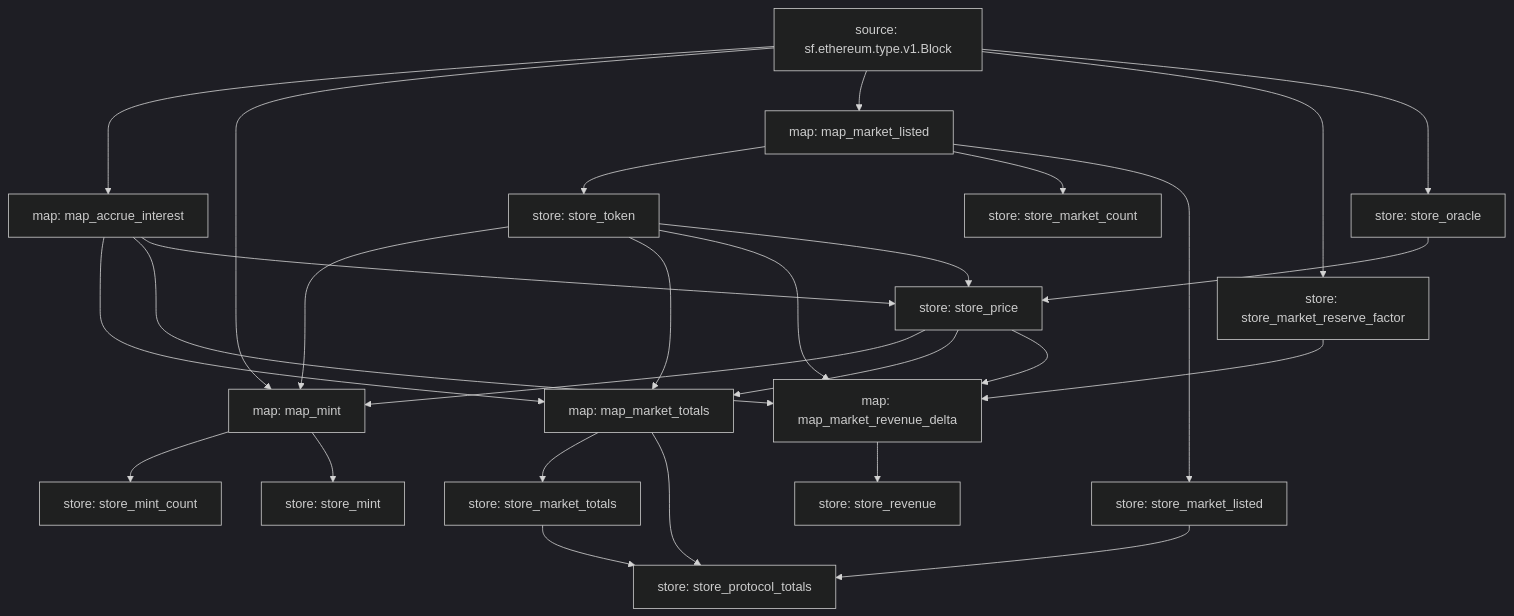
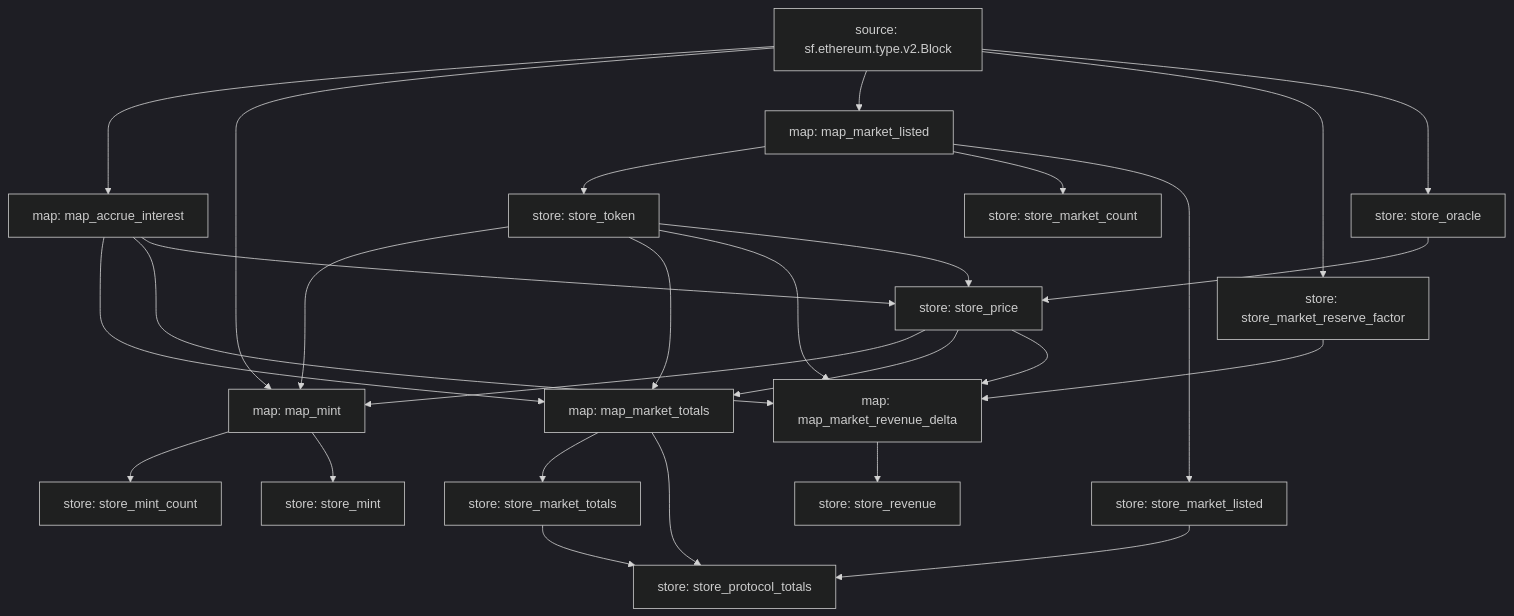
The diagram in compound-v2/README.md (messari/substreams), drawn with Mermaid (dark theme) before and after one commit. The commit also changed 7 other files, not shown here.

````diff
--- a/compound-v2/README.md
+++ b/compound-v2/README.md
@@ -7,46 +7,46 @@
 ```mermaid
 graph TD;
   map_accrue_interest[map: map_accrue_interest]
-  sf.ethereum.type.v1.Block[source: sf.ethereum.type.v1.Block] --> map_accrue_interest
+  sf.ethereum.type.v2.Block[source: sf.ethereum.type.v2.Block] --> map_accrue_interest
   map_mint[map: map_mint]
-  sf.ethereum.type.v1.Block[source: sf.ethereum.type.v1.Block] --> map_mint
+  sf.ethereum.type.v2.Block[source: sf.ethereum.type.v2.Block] --> map_mint
   store_token --> map_mint
   store_price --> map_mint
   map_market_listed[map: map_market_listed]
-  sf.ethereum.type.v1.Block[source: sf.ethereum.type.v1.Block] --> map_market_listed
+  sf.ethereum.type.v2.Block[source: sf.ethereum.type.v2.Block] --> map_market_listed
   map_market_totals[map: map_market_totals]
   map_accrue_interest --> map_market_totals
   store_token --> map_market_totals
   store_price --> map_market_totals
   map_market_revenue_delta[map: map_market_revenue_delta]
   map_accrue_interest --> map_market_revenue_delta
   store_market_reserve_factor --> map_market_revenue_delta
   store_price --> map_market_revenue_delta
   store_token --> map_market_revenue_delta
   store_token[store: store_token]
   map_market_listed --> store_token
   store_market_reserve_factor[store: store_market_reserve_factor]
-  sf.ethereum.type.v1.Block[source: sf.ethereum.type.v1.Block] --> store_market_reserve_factor
+  sf.ethereum.type.v2.Block[source: sf.ethereum.type.v2.Block] --> store_market_reserve_factor
   store_market_count[store: store_market_count]
   map_market_listed --> store_market_count
   store_mint_count[store: store_mint_count]
   map_mint --> store_mint_count
   store_oracle[store: store_oracle]
-  sf.ethereum.type.v1.Block[source: sf.ethereum.type.v1.Block] --> store_oracle
+  sf.ethereum.type.v2.Block[source: sf.ethereum.type.v2.Block] --> store_oracle
   store_price[store: store_price]
   map_accrue_interest --> store_price
   store_oracle --> store_price
   store_token --> store_price
   store_market_listed[store: store_market_listed]
   map_market_listed --> store_market_listed
   store_mint[store: store_mint]
   map_mint --> store_mint
   store_market_totals[store: store_market_totals]
   map_market_totals --> store_market_totals
   store_protocol_totals[store: store_protocol_totals]
   map_market_totals --> store_protocol_totals
   store_market_listed --> store_protocol_totals
   store_market_totals --> store_protocol_totals
   store_revenue[store: store_revenue]
   map_market_revenue_delta --> store_revenue
 ```
````
